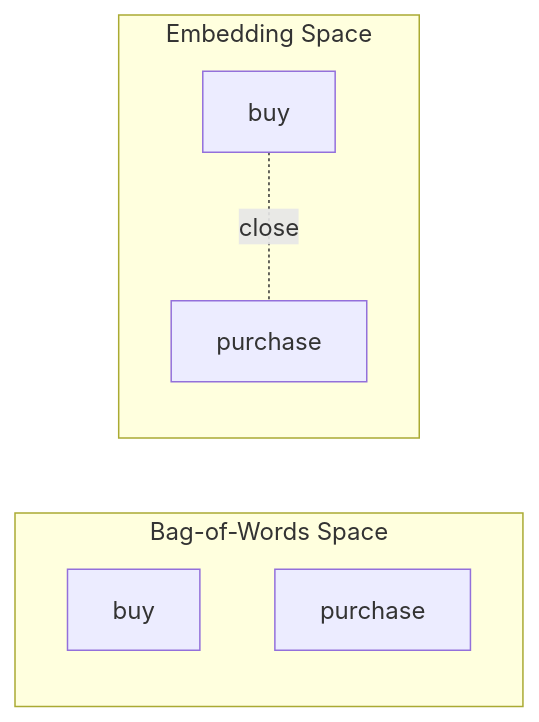
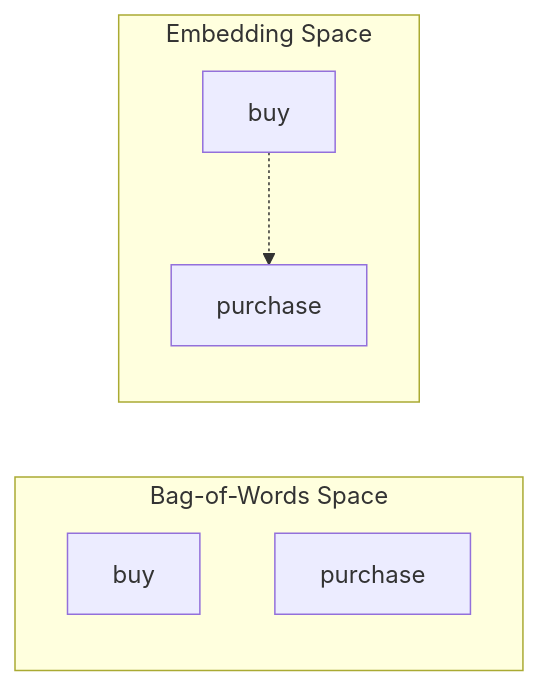
Before and after one commit to hsoni92/ml-workbook: the second of 2 diagrams in bits-pilani/trimester-3/notes/natural-language-processing-and-understanding/week-01/06-ambiguity-in-language-polysemy-synonymy-transcript.md, drawn with Mermaid. The commit also changed 59 other files, not shown here.

````diff
--- a/bits-pilani/trimester-3/notes/natural-language-processing-and-understanding/week-01/06-ambiguity-in-language-polysemy-synonymy-transcript.md
+++ b/bits-pilani/trimester-3/notes/natural-language-processing-and-understanding/week-01/06-ambiguity-in-language-polysemy-synonymy-transcript.md
@@ -100,12 +100,12 @@
 ```mermaid
 flowchart LR
     subgraph "Bag-of-Words Space"
         B1[buy]
         B2[purchase]
     end
     subgraph "Embedding Space"
         E1[buy]
         E2[purchase]
-        E1 -. close .- E2
+        E1 -.-> E2
     end
 ```
````
